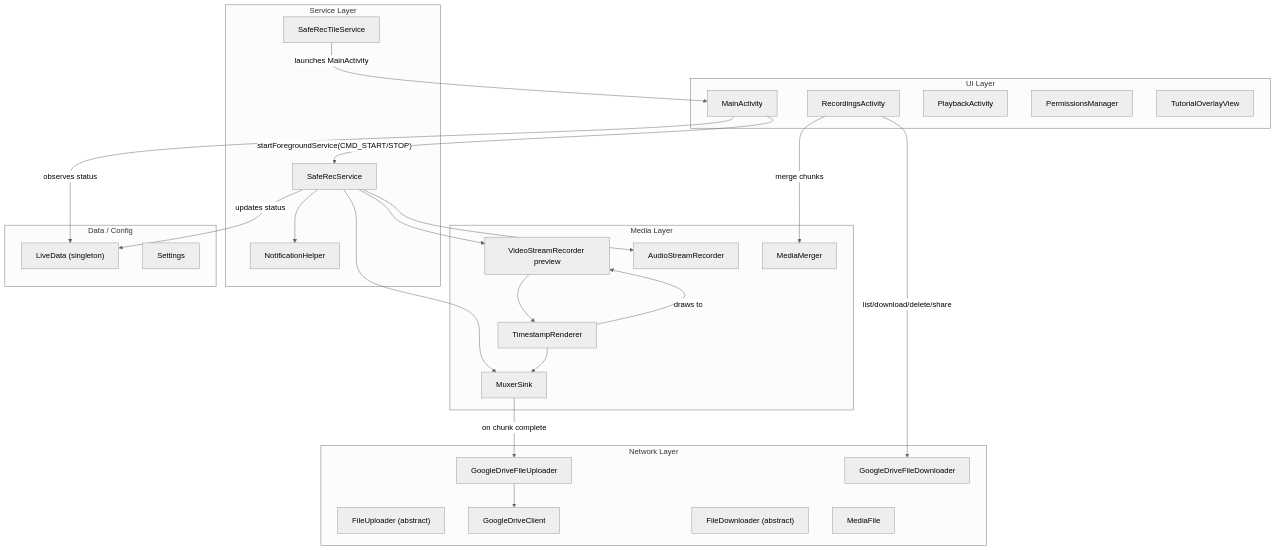
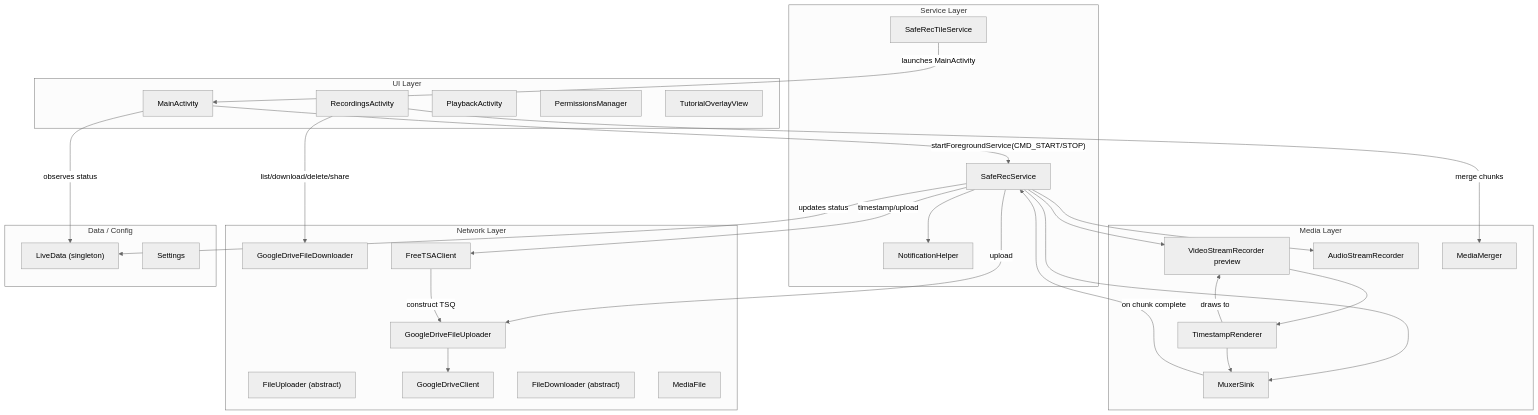
One commit to ark3us/saferec changed the first of 4 diagrams in README.md. Above: the diagram before and after it, drawn with Mermaid (neutral theme). The commit also changed other lines of this file and 13 other files, not shown here.

````diff
--- a/README.md
+++ b/README.md
@@ -11,54 +11,58 @@
 ```mermaid
 graph TD
     subgraph UI["UI Layer"]
         MA["MainActivity"]
         RA["RecordingsActivity"]
         PA["PlaybackActivity"]
         PM["PermissionsManager"]
         TO["TutorialOverlayView"]
     end
 
     subgraph Services["Service Layer"]
         SRS["SafeRecService"]
         SRTS["SafeRecTileService"]
         NH["NotificationHelper"]
     end
 
     subgraph Media["Media Layer"]
         VSR["VideoStreamRecorder"]
         ASR["AudioStreamRecorder"]
         MS["MuxerSink"]
         MM["MediaMerger"]
         TR["TimestampRenderer"]
     end
 
     subgraph Net["Network Layer"]
         FU["FileUploader (abstract)"]
         GDFU["GoogleDriveFileUploader"]
         GDC["GoogleDriveClient"]
         FD["FileDownloader (abstract)"]
         GDFD["GoogleDriveFileDownloader"]
         MF["MediaFile"]
+        FTSA["FreeTSAClient"]
     end
 
     subgraph Data["Data / Config"]
         LD["LiveData (singleton)"]
         S["Settings"]
     end
 
     MA -- "startForegroundService(CMD_START/STOP)" --> SRS
     SRTS -- "launches MainActivity" --> MA
     SRS --> VSR
     SRS --> ASR
     SRS --> MS
     VSR --> TR
     TR --> MS
     TR -- "draws to" --> VSR["VideoStreamRecorder preview"]
-    MS -- "on chunk complete" --> GDFU
+    MS -- "on chunk complete" --> SRS
+    SRS -- "timestamp/upload" --> FTSA
+    SRS -- "upload" --> GDFU
+    FTSA -- "construct TSQ" --> GDFU
     GDFU --> GDC
     MA -- "observes status" --> LD
     SRS -- "updates status" --> LD
     RA -- "list/download/delete/share" --> GDFD
     RA -- "merge chunks" --> MM
     SRS --> NH
 ```
````
